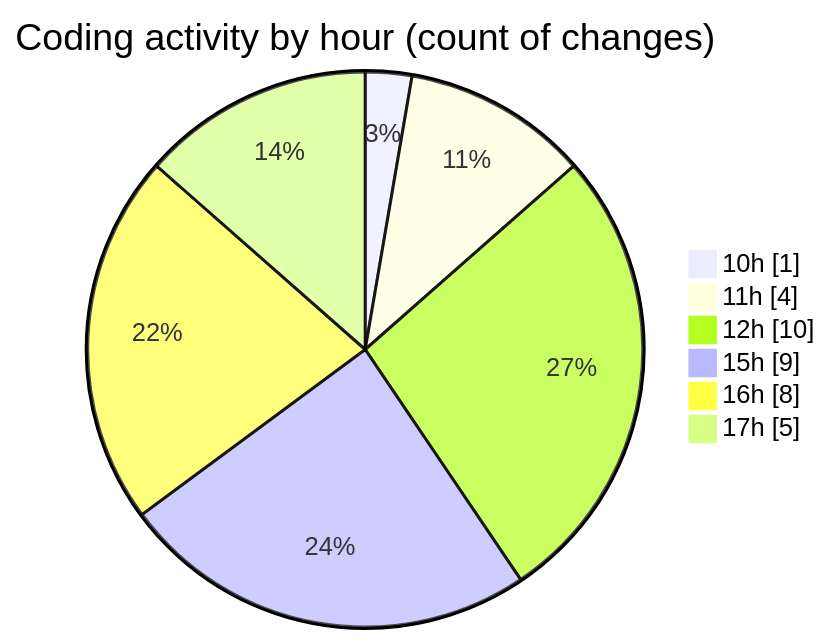
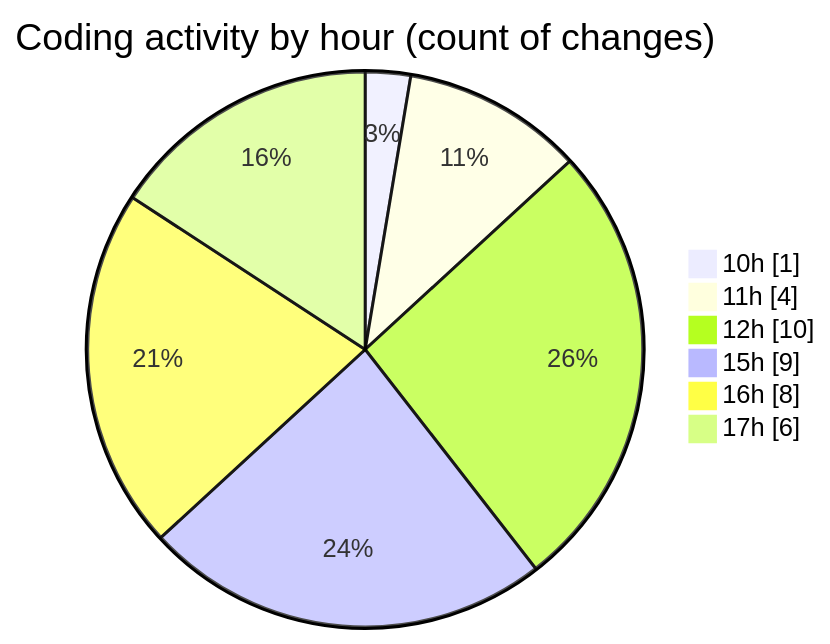
One commit to debugP/code-tracking changed the second of 2 diagrams in 2025-10-08/untitled__workspace_/README.md. Above: the diagram before and after it, drawn with Mermaid. The commit also changed other lines of this file and 1 other file, not shown here.

````diff
--- a/2025-10-08/untitled__workspace_/README.md
+++ b/2025-10-08/untitled__workspace_/README.md
@@ -32,10 +32,10 @@
 ```mermaid
 pie showData
 title Coding activity by hour (count of changes)
 "10h" : 1
 "11h" : 4
 "12h" : 10
 "15h" : 9
 "16h" : 8
-"17h" : 5
+"17h" : 6
 ```
````
